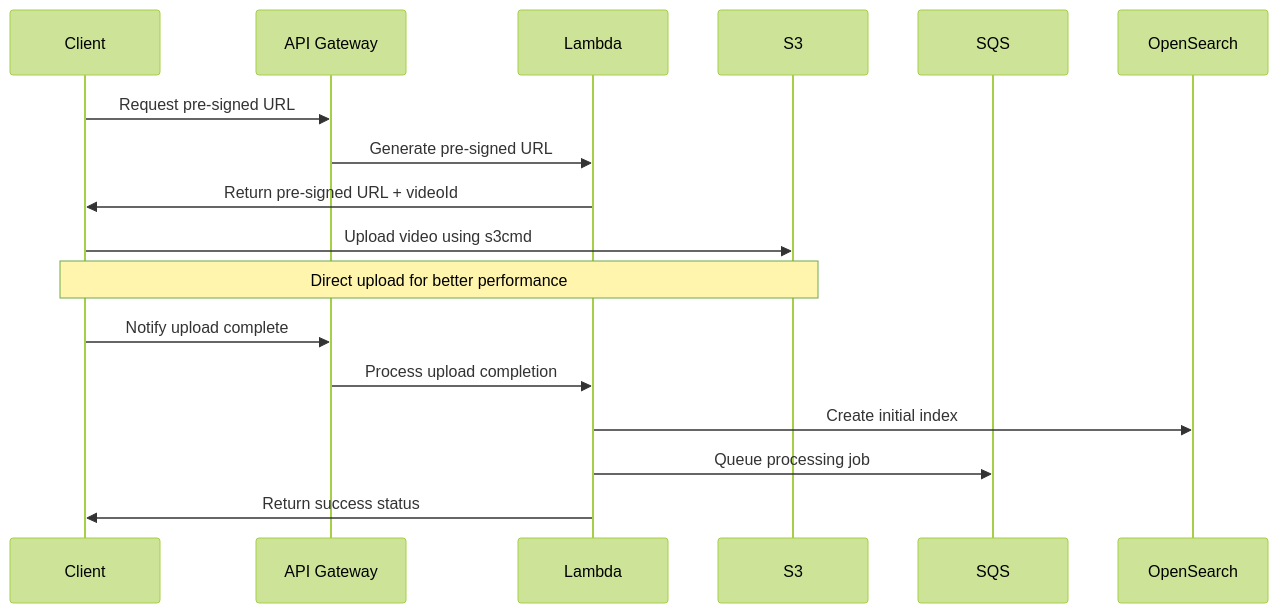
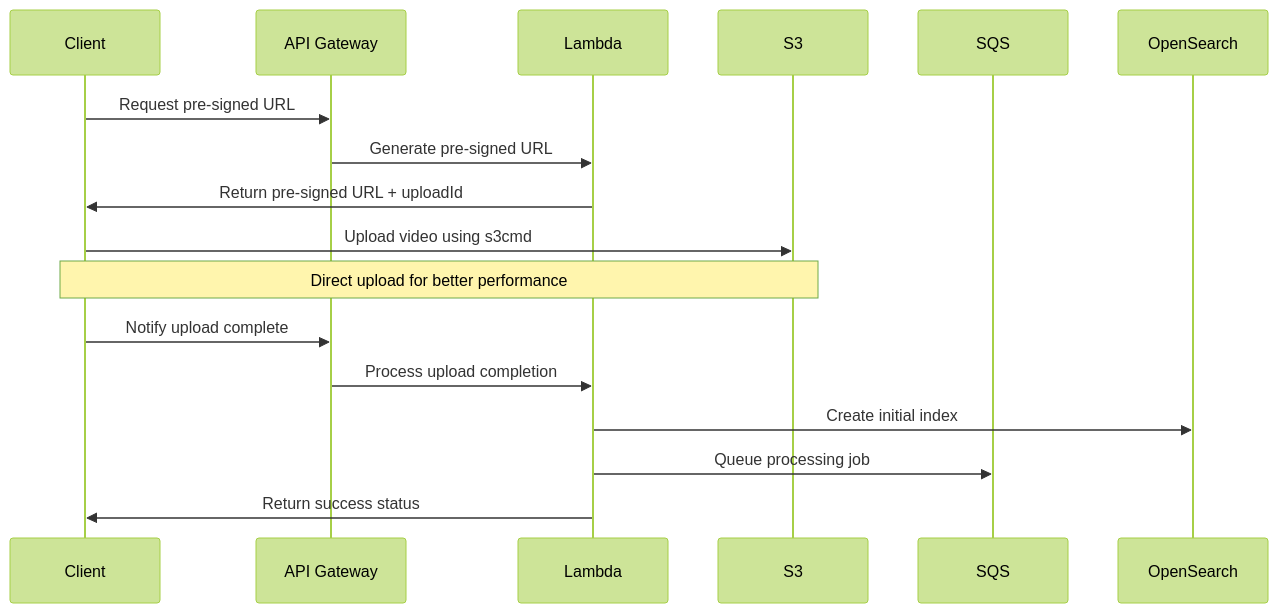
One commit to yike5460/shortvideo-online changed the first of 7 diagrams in README.md. Above: the diagram before and after it, drawn with Mermaid (forest theme). The commit also changed other lines of this file and 3 other files, not shown here.

````diff
--- a/README.md
+++ b/README.md
@@ -40,25 +40,25 @@
 ```mermaid
 sequenceDiagram
     participant Client
     participant API Gateway
     participant Lambda
     participant S3
     participant SQS
     participant OpenSearch
 
     %% Get pre-signed URL
     Client->>API Gateway: Request pre-signed URL
     API Gateway->>Lambda: Generate pre-signed URL
-    Lambda->>Client: Return pre-signed URL + videoId
+    Lambda->>Client: Return pre-signed URL + uploadId
 
     %% Direct upload using s3cmd
     Client->>S3: Upload video using s3cmd
     Note over Client,S3: Direct upload for better performance
 
     %% Notify completion
     Client->>API Gateway: Notify upload complete
     API Gateway->>Lambda: Process upload completion
     Lambda->>OpenSearch: Create initial index
     Lambda->>SQS: Queue processing job
     Lambda->>Client: Return success status
 ```
````
